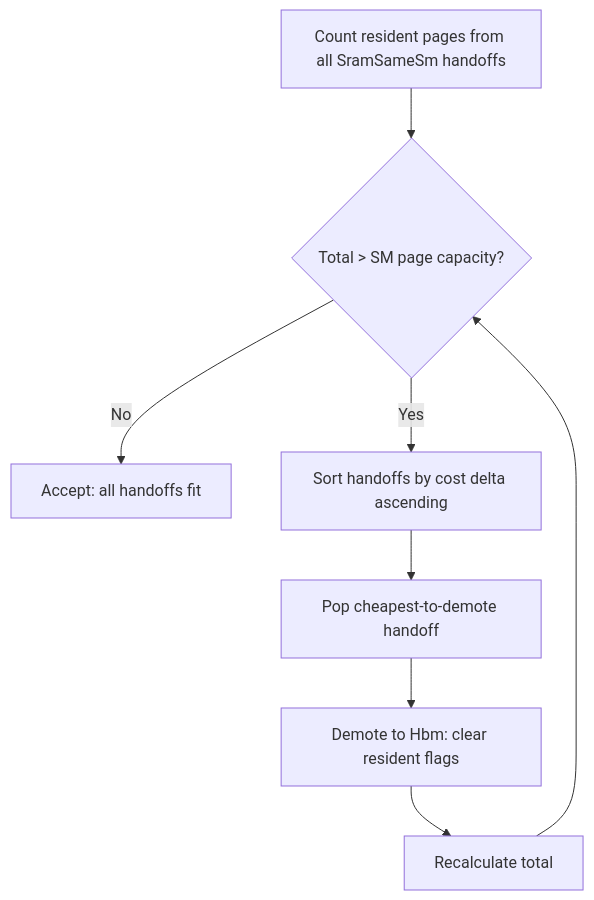
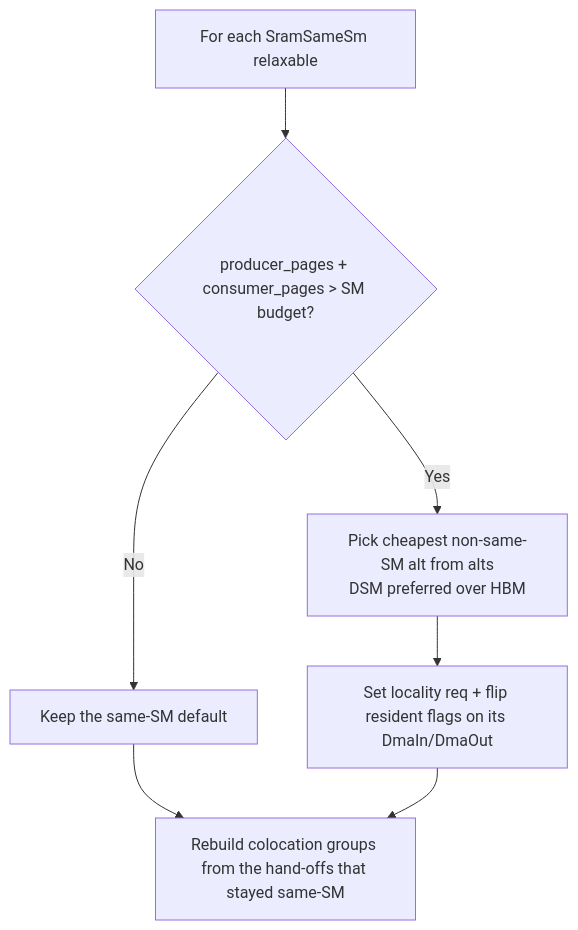
The third of 3 diagrams in docs/arch/03-scheduler.md (infervisor/plow), drawn with Mermaid before and after one commit. The commit also changed other lines of this file and 325 other files, not shown here.

````diff
--- a/docs/arch/03-scheduler.md
+++ b/docs/arch/03-scheduler.md
@@ -205,11 +251,10 @@
 ```mermaid
 flowchart TD
-    A[Count resident pages from all SramSameSm handoffs]
-    A --> B{Total > SM page capacity?}
-    B -->|No| C[Accept: all handoffs fit]
-    B -->|Yes| D[Sort handoffs by cost delta ascending]
-    D --> E[Pop cheapest-to-demote handoff]
-    E --> F[Demote to Hbm: clear resident flags]
-    F --> G[Recalculate total]
-    G --> B
+    A[For each SramSameSm relaxable]
+    A --> B{producer_pages + consumer_pages > SM budget?}
+    B -->|No| C[Keep the same-SM default]
+    B -->|Yes| D[Pick cheapest non-same-SM alt from alts<br/>DSM preferred over HBM]
+    D --> E[Set locality req + flip resident flags on its DmaIn/DmaOut]
+    C --> F[Rebuild colocation groups from the hand-offs that stayed same-SM]
+    E --> F
 ```
````
